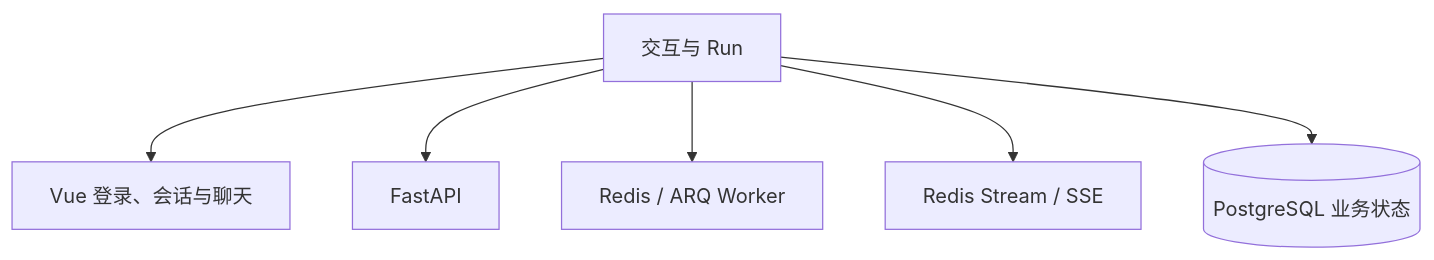
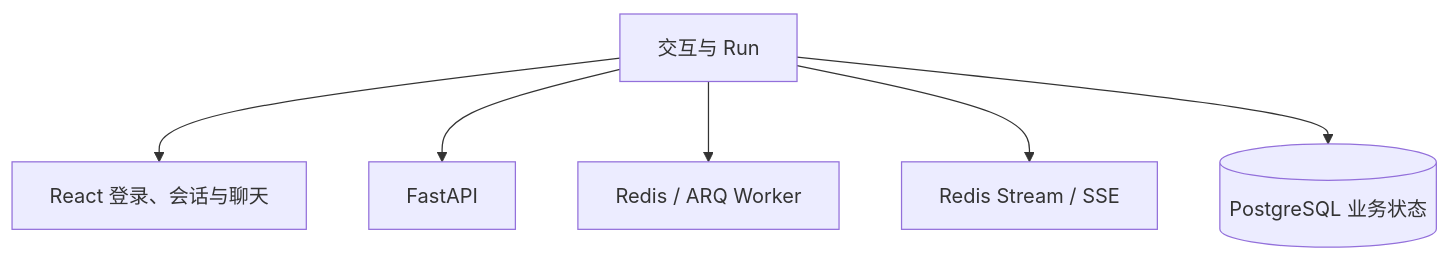
The first of 3 diagrams in README.md (Agent-Multiverse-Lab/agent-stack), drawn with Mermaid before and after one commit. The commit also changed other lines of this file and 98 other files, not shown here.

Commit message:
feat(web): 将前端迁移到 React 并按页面归档组件

````diff
--- a/README.md
+++ b/README.md
@@ -36,8 +36,8 @@
 ```mermaid
 flowchart TB
-    Run[交互与 Run] --> Web[Vue 登录、会话与聊天]
+    Run[交互与 Run] --> Web[React 登录、会话与聊天]
     Run --> API[FastAPI]
     Run --> Worker[Redis / ARQ Worker]
     Run --> Events[Redis Stream / SSE]
     Run --> PG[(PostgreSQL 业务状态)]
 ```
````
